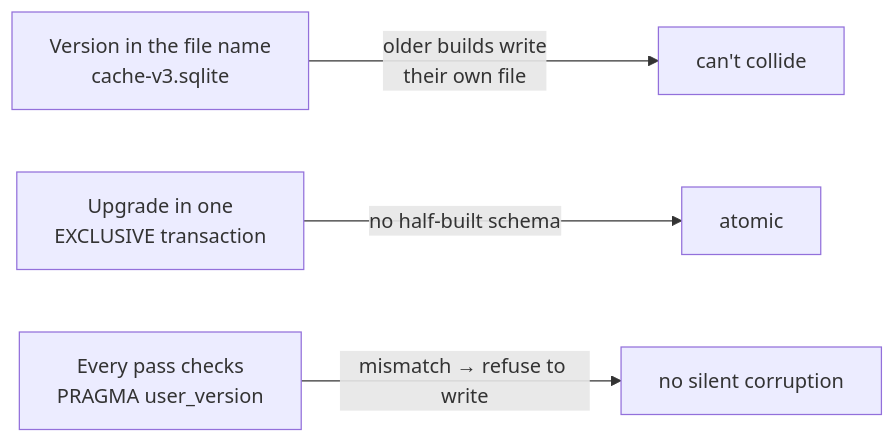
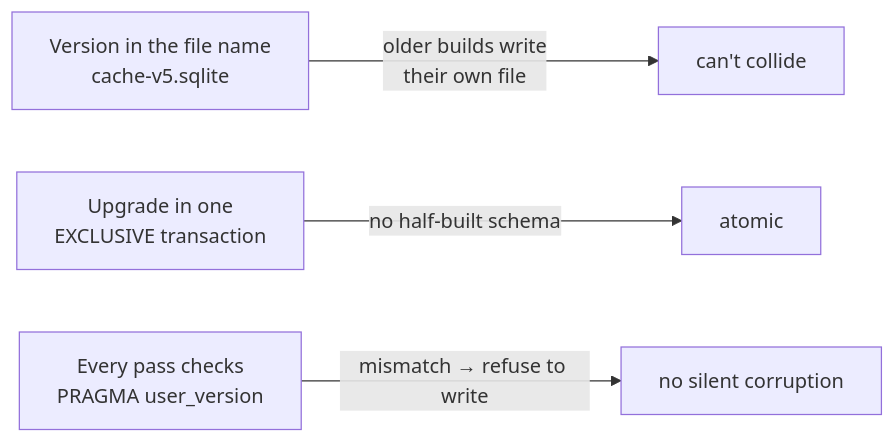
The fifth of 6 diagrams in docs/ARCHITECTURE.md (PrajwalSR/ai_usage_meter), drawn with Mermaid before and after one commit. The commit also changed other lines of this file and 24 other files, not shown here.

````diff
--- a/docs/ARCHITECTURE.md
+++ b/docs/ARCHITECTURE.md
@@ -223,6 +219,6 @@
 ```mermaid
 flowchart LR
-    V1["Version in the file name<br/>cache-v3.sqlite"] -->|"older builds write<br/>their own file"| OK1["can't collide"]
+    V1["Version in the file name<br/>cache-v5.sqlite"] -->|"older builds write<br/>their own file"| OK1["can't collide"]
     V2["Upgrade in one<br/>EXCLUSIVE transaction"] -->|"no half-built schema"| OK2["atomic"]
     V3["Every pass checks<br/>PRAGMA user_version"] -->|"mismatch → refuse to write"| OK3["no silent corruption"]
 ```
````
